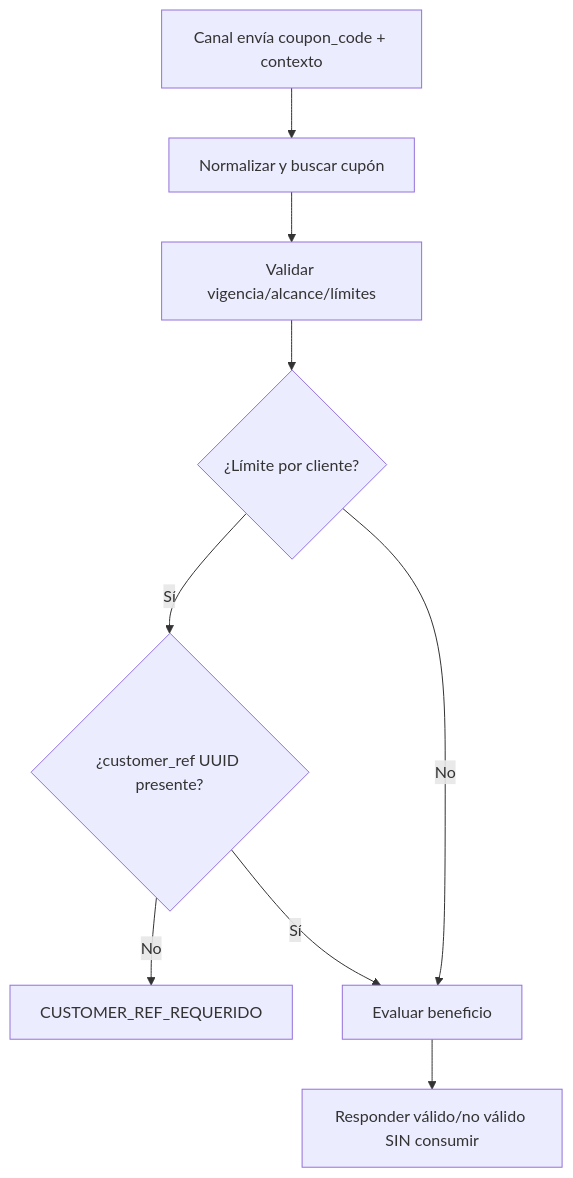
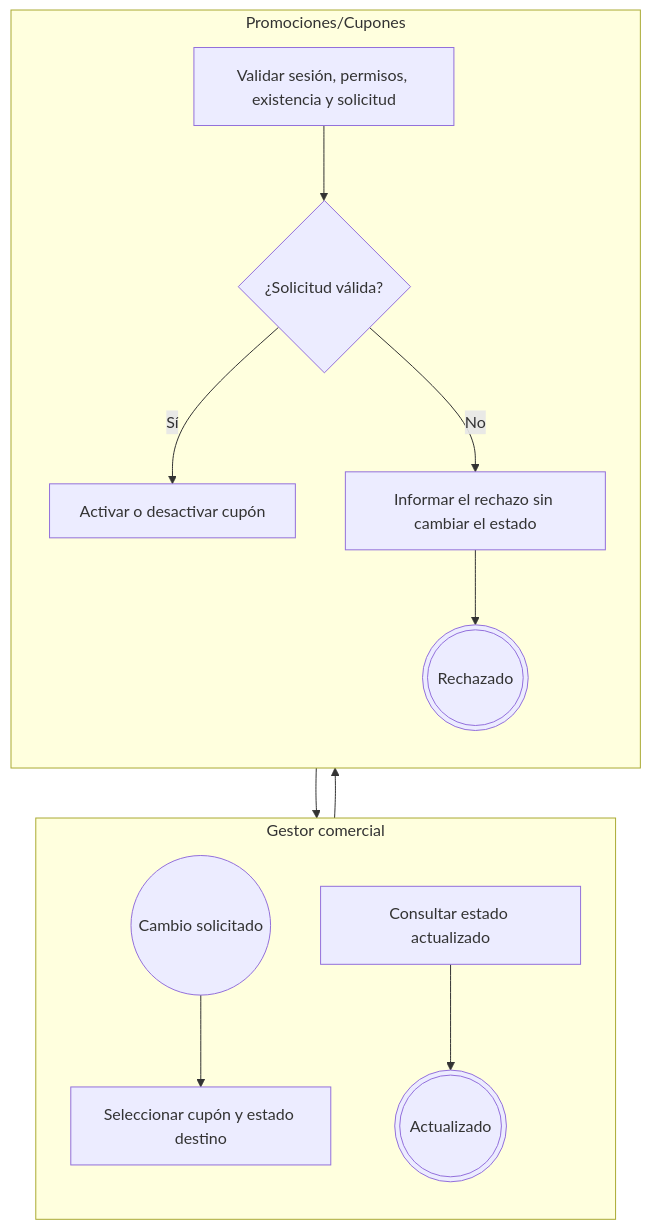
Before and after one commit to Taller-SW-Web/G6-Productos-Ofertas-docs: the second of 5 diagrams in flujos/FLOW-005-gestion-cupones-descuento.md, drawn with Mermaid. The commit also changed other lines of this file and 2 other files, not shown here.

Commit message:
docs(flujos): completar cupones, promociones y recomendaciones (#38)

````diff
--- a/flujos/FLOW-005-gestion-cupones-descuento.md
+++ b/flujos/FLOW-005-gestion-cupones-descuento.md
@@ -6,11 +72,21 @@
 ```mermaid
-flowchart TD
-    A["Canal envía coupon_code + contexto"] --> B["Normalizar y buscar cupón"]
-    B --> C["Validar vigencia/alcance/límites"]
-    C --> D{"¿Límite por cliente?"}
-    D -->|Sí| E{"¿customer_ref UUID presente?"}
-    E -->|No| X["CUSTOMER_REF_REQUERIDO"]
-    E -->|Sí| F["Evaluar beneficio"]
-    D -->|No| F
-    F --> G["Responder válido/no válido SIN consumir"]
+flowchart TB
+    subgraph G["Gestor comercial"]
+        direction TB
+        I(("Cambio solicitado"))
+        G1["Seleccionar cupón y estado destino"]
+        G2["Consultar estado actualizado"]
+        F((("Actualizado")))
+    end
+    subgraph P["Promociones/Cupones"]
+        direction TB
+        P1["Validar sesión, permisos, existencia y solicitud"]
+        D1{"¿Solicitud válida?"}
+        P2["Activar o desactivar cupón"]
+        P3["Informar el rechazo sin cambiar el estado"]
+        X((("Rechazado")))
+    end
+    I --> G1 --> P1 --> D1
+    D1 -->|"Sí"| P2 --> G2 --> F
+    D1 -->|"No"| P3 --> X
 ```
````
